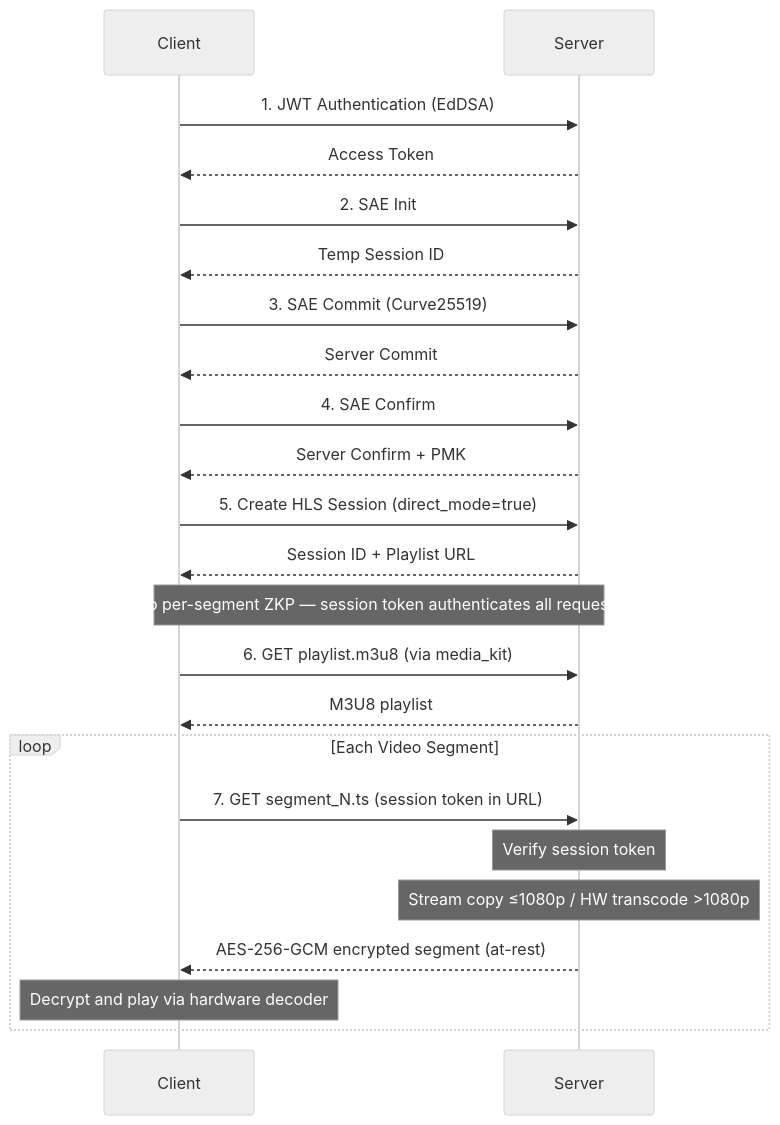
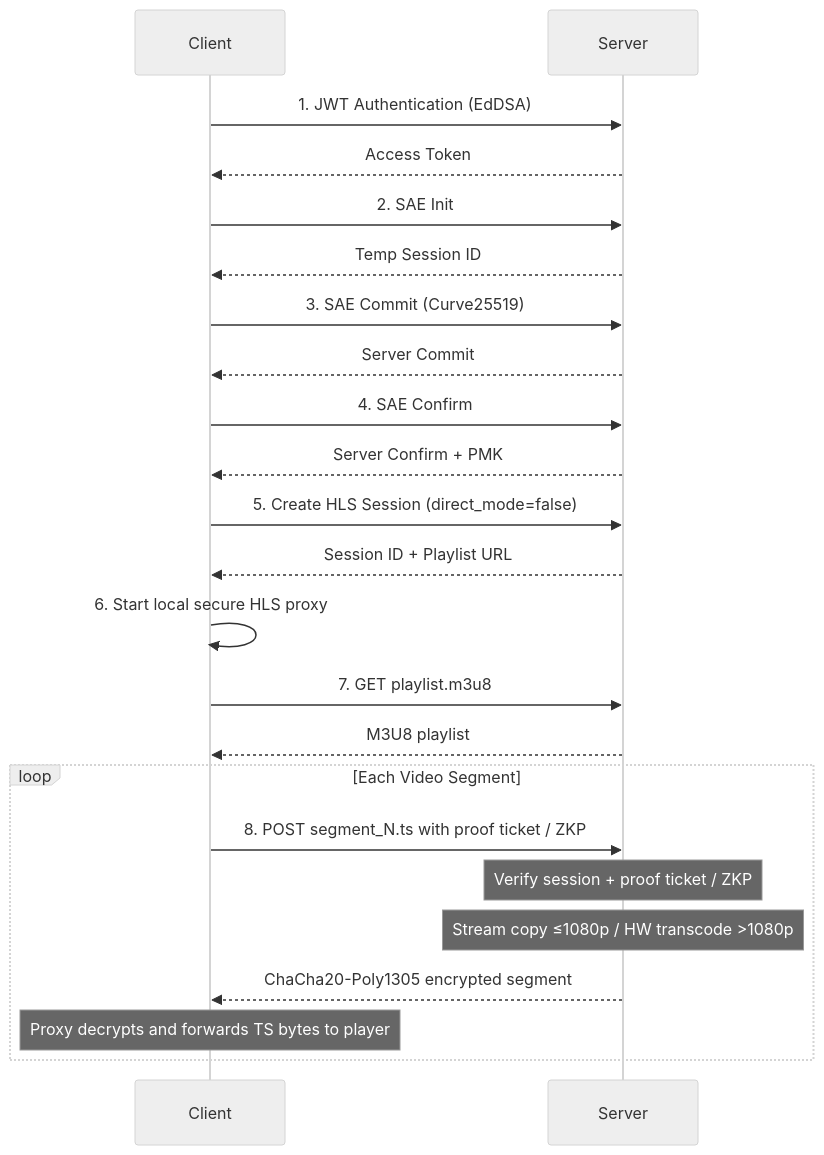
The second of 4 diagrams in README.md (blueokanna/RockZeroOS-Service), drawn with Mermaid (neutral theme) before and after one commit. The commit also changed other lines of this file and 12 other files, not shown here.

````diff
--- a/README.md
+++ b/README.md
@@ -76,33 +82,31 @@
 ```mermaid
 sequenceDiagram
     participant C as Client
     participant S as Server
     
     C->>S: 1. JWT Authentication (EdDSA)
     S-->>C: Access Token
     
     C->>S: 2. SAE Init
     S-->>C: Temp Session ID
     
     C->>S: 3. SAE Commit (Curve25519)
     S-->>C: Server Commit
     
     C->>S: 4. SAE Confirm
     S-->>C: Server Confirm + PMK
     
-    C->>S: 5. Create HLS Session (direct_mode=true)
+    C->>S: 5. Create HLS Session (direct_mode=false)
     S-->>C: Session ID + Playlist URL
-    
-    Note over C,S: No per-segment ZKP — session token authenticates all requests
-    
-    C->>S: 6. GET playlist.m3u8 (via media_kit)
+    C->>C: 6. Start local secure HLS proxy
+    C->>S: 7. GET playlist.m3u8
     S-->>C: M3U8 playlist
     
     loop Each Video Segment
-        C->>S: 7. GET segment_N.ts (session token in URL)
-        Note over S: Verify session token
+      C->>S: 8. POST segment_N.ts with proof ticket / ZKP
+      Note over S: Verify session + proof ticket / ZKP
         Note over S: Stream copy ≤1080p / HW transcode >1080p
-        S-->>C: AES-256-GCM encrypted segment (at-rest)
-        Note over C: Decrypt and play via hardware decoder
+      S-->>C: ChaCha20-Poly1305 encrypted segment
+      Note over C: Proxy decrypts and forwards TS bytes to player
     end
 ```
````
